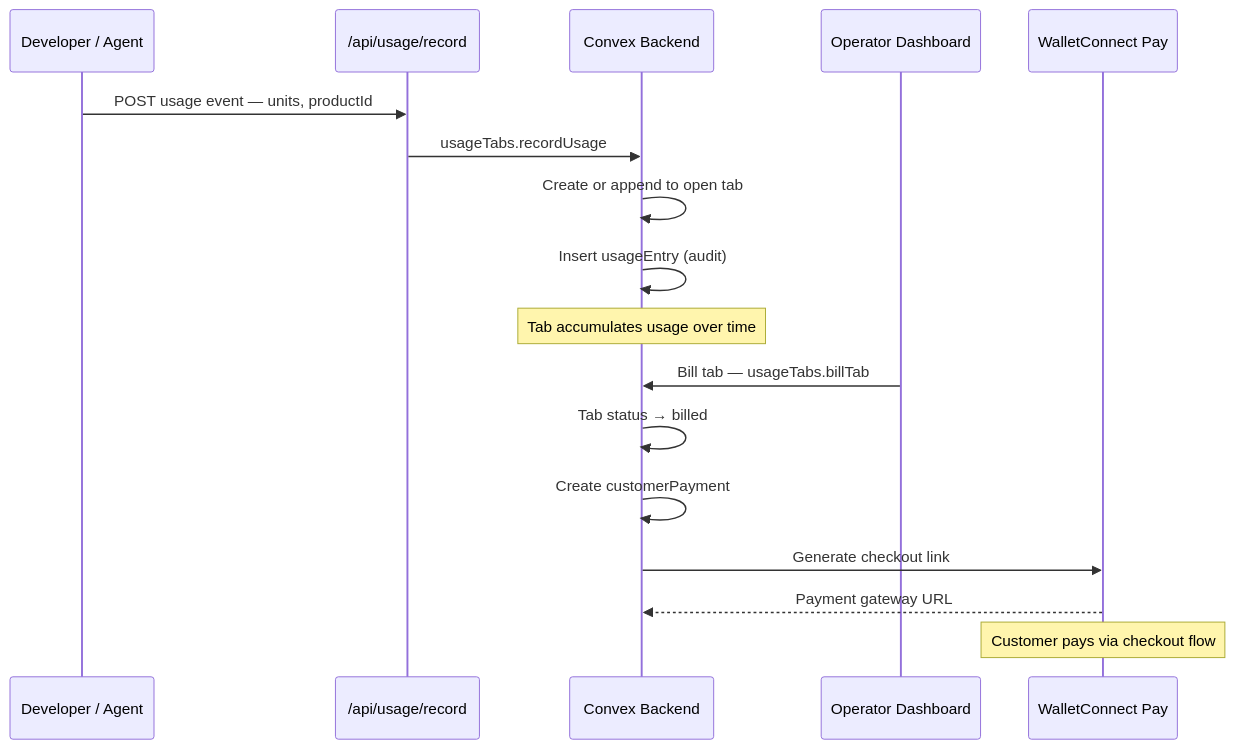
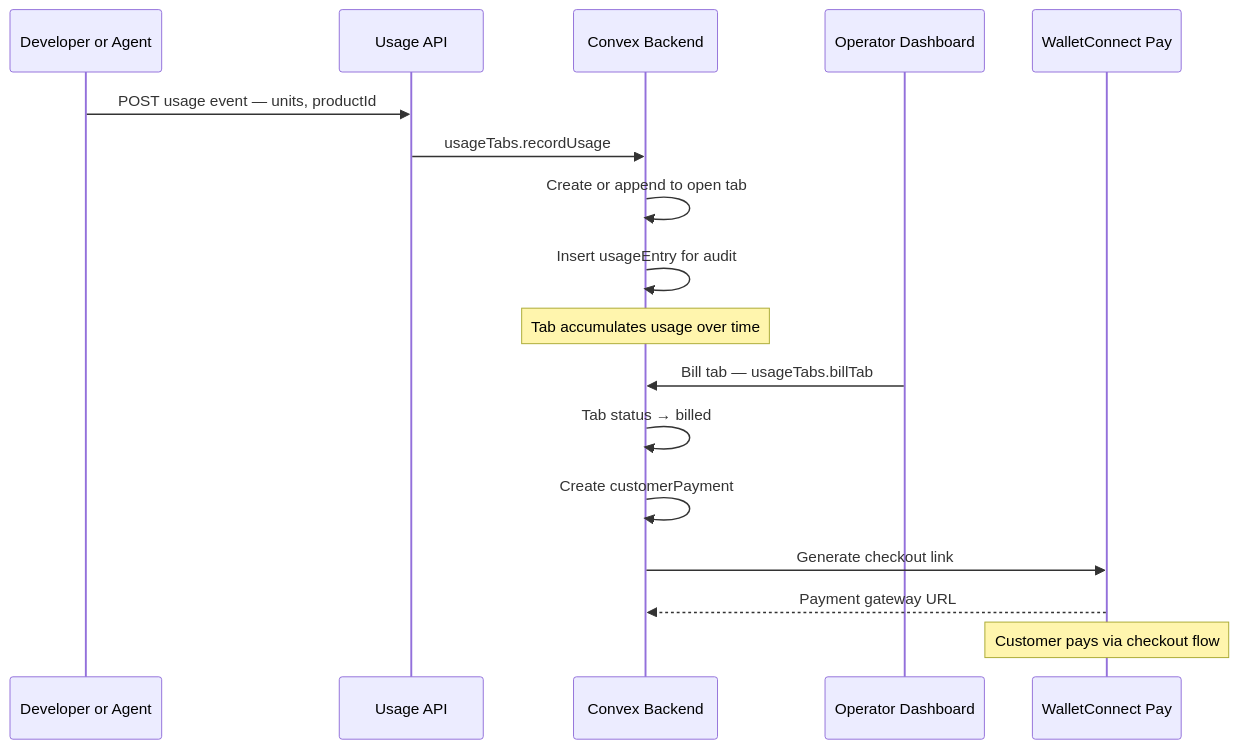
Before and after one commit to Cannes2026EthGlobal/webapp: the fourth of 7 diagrams in ARCHITECTURE.md, drawn with Mermaid. The commit also changed other lines of this file, not shown here.

First line of the commit message:
fix: simplify Mermaid diagrams to avoid parser errors

````diff
--- a/ARCHITECTURE.md
+++ b/ARCHITECTURE.md
@@ -265,20 +127,20 @@
 ```mermaid
 sequenceDiagram
-    participant Dev as Developer / Agent
-    participant API as /api/usage/record
+    participant Dev as Developer or Agent
+    participant API as Usage API
     participant CX as Convex Backend
     participant Op as Operator Dashboard
     participant WC as WalletConnect Pay
 
     Dev->>API: POST usage event — units, productId
     API->>CX: usageTabs.recordUsage
     CX->>CX: Create or append to open tab
-    CX->>CX: Insert usageEntry (audit)
+    CX->>CX: Insert usageEntry for audit
     Note over CX: Tab accumulates usage over time
     Op->>CX: Bill tab — usageTabs.billTab
     CX->>CX: Tab status → billed
     CX->>CX: Create customerPayment
     CX->>WC: Generate checkout link
     WC-->>CX: Payment gateway URL
     Note over WC: Customer pays via checkout flow
 ```
````
